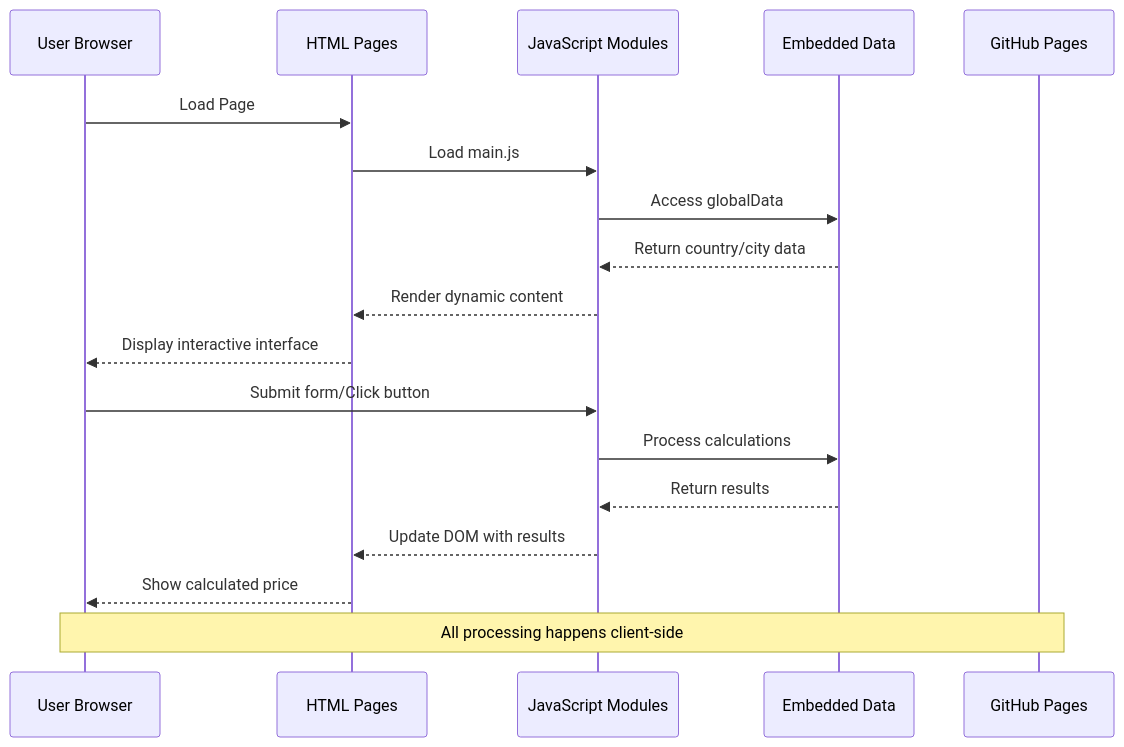
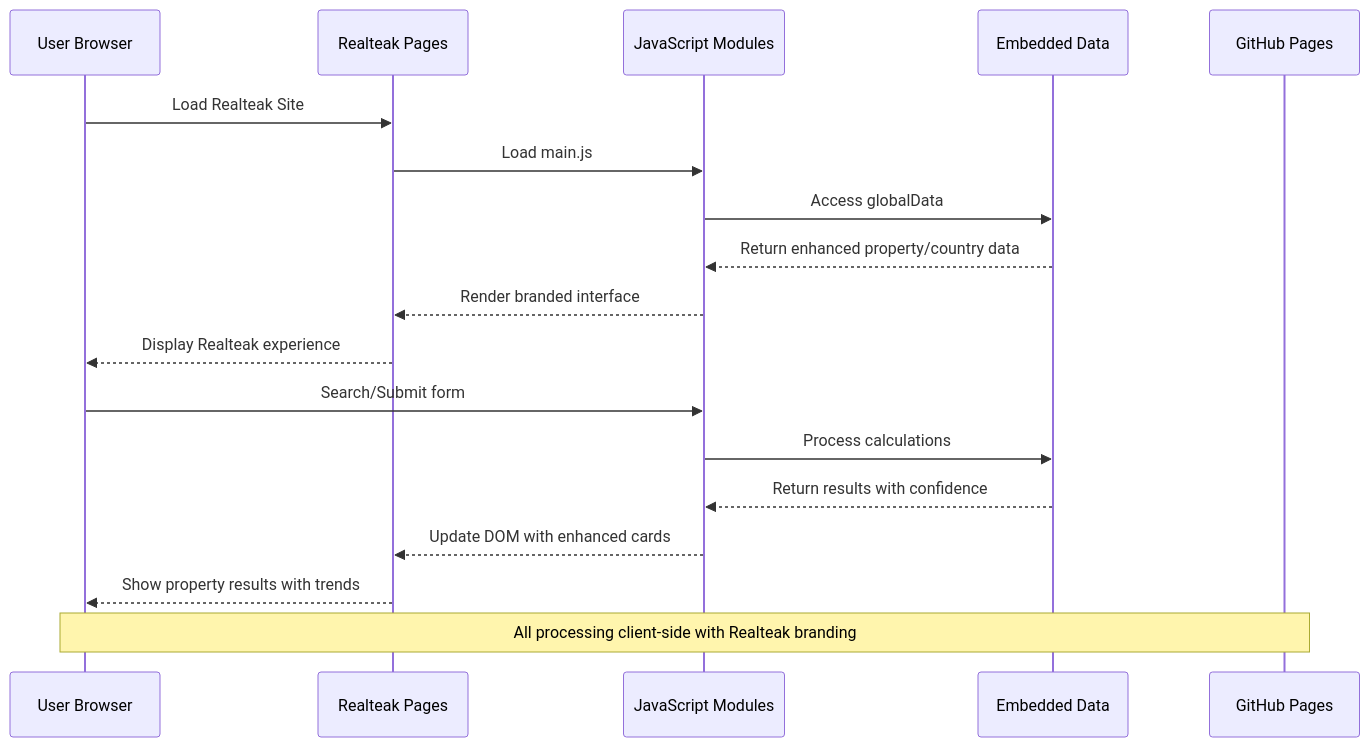
The second of 6 diagrams in .qoder/repowiki/en/content/Deployment and Operations/Static Site Deployment.md (tashkirrr/housing-price-prediction), drawn with Mermaid before and after one commit. The commit also changed other lines of this file and 3 other files, not shown here.

First line of the commit message:
docs(deployment): enhance deployment docs with dual architecture and static site details

````diff
--- a/.qoder/repowiki/en/content/Deployment and Operations/Static Site Deployment.md
+++ b/.qoder/repowiki/en/content/Deployment and Operations/Static Site Deployment.md
@@ -105,20 +139,20 @@
 ```mermaid
 sequenceDiagram
 participant User as User Browser
-participant HTML as HTML Pages
+participant HTML as Realteak Pages
 participant JS as JavaScript Modules
 participant Data as Embedded Data
 participant GitHub as GitHub Pages
-User->>HTML : Load Page
+User->>HTML : Load Realteak Site
 HTML->>JS : Load main.js
 JS->>Data : Access globalData
-Data-->>JS : Return country/city data
-JS-->>HTML : Render dynamic content
-HTML-->>User : Display interactive interface
-User->>JS : Submit form/Click button
+Data-->>JS : Return enhanced property/country data
+JS-->>HTML : Render branded interface
+HTML-->>User : Display Realteak experience
+User->>JS : Search/Submit form
 JS->>Data : Process calculations
-Data-->>JS : Return results
-JS-->>HTML : Update DOM with results
-HTML-->>User : Show calculated price
-Note over User,GitHub : All processing happens client-side
+Data-->>JS : Return results with confidence
+JS-->>HTML : Update DOM with enhanced cards
+HTML-->>User : Show property results with trends
+Note over User,GitHub : All processing client-side with Realteak branding
 ```
````
